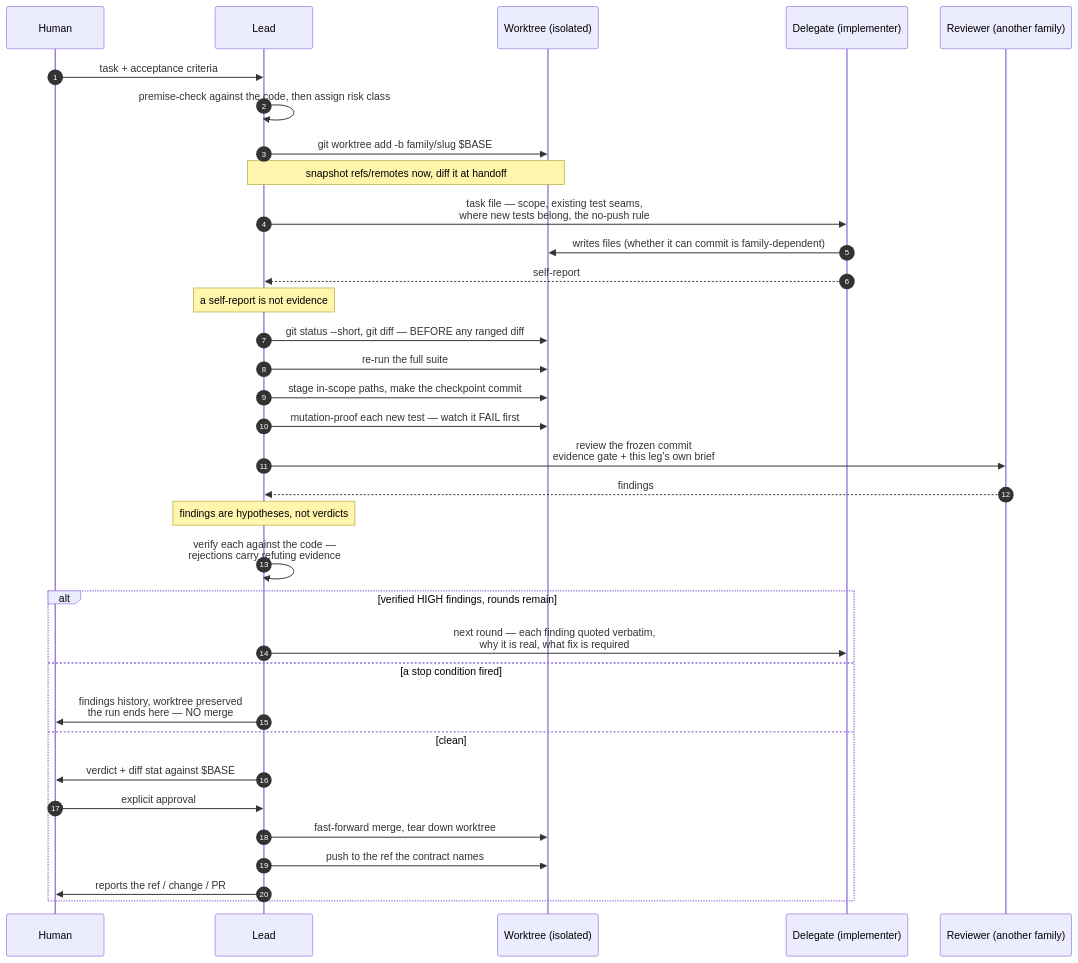
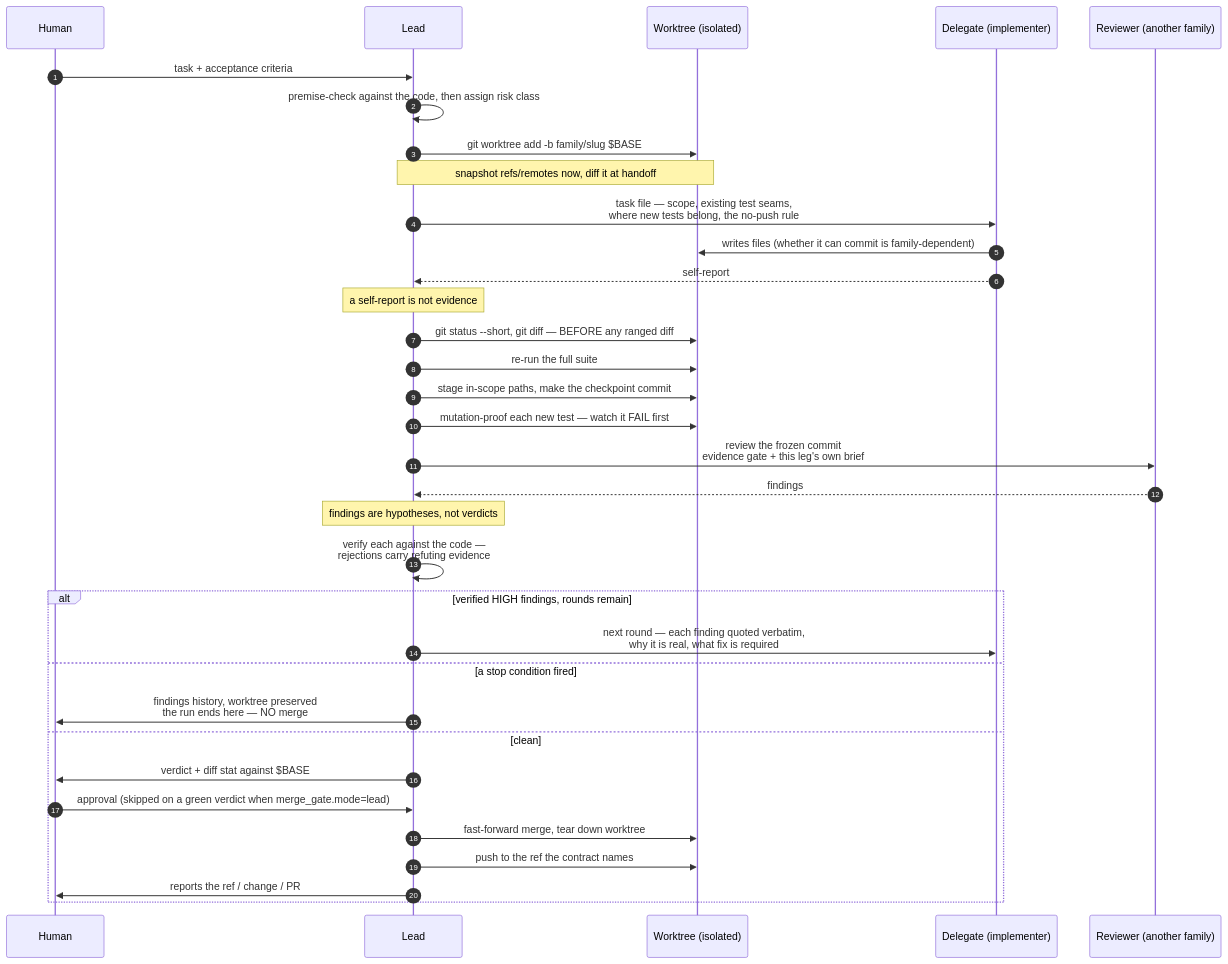
One commit to aarontzeng/dev-lead changed the second of 2 diagrams in docs/workflow.md. Above: the diagram before and after it, drawn with Mermaid. The commit also changed other lines of this file and 12 other files, not shown here.

````diff
--- a/docs/workflow.md
+++ b/docs/workflow.md
@@ -58,37 +58,37 @@
 ```mermaid
 sequenceDiagram
     autonumber
     participant U as Human
     participant L as Lead
     participant W as Worktree (isolated)
     participant D as Delegate (implementer)
     participant R as Reviewer (another family)
 
     U->>L: task + acceptance criteria
     L->>L: premise-check against the code, then assign risk class
     L->>W: git worktree add -b family/slug $BASE
     Note over L,W: snapshot refs/remotes now, diff it at handoff
     L->>D: task file — scope, existing test seams,<br/>where new tests belong, the no-push rule
     D->>W: writes files (whether it can commit is family-dependent)
     D-->>L: self-report
     Note over L: a self-report is not evidence
     L->>W: git status --short, git diff — BEFORE any ranged diff
     L->>W: re-run the full suite
     L->>W: stage in-scope paths, make the checkpoint commit
     L->>W: mutation-proof each new test — watch it FAIL first
     L->>R: review the frozen commit<br/>evidence gate + this leg's own brief
     R-->>L: findings
     Note over L: findings are hypotheses, not verdicts
     L->>L: verify each against the code —<br/>rejections carry refuting evidence
     alt verified HIGH findings, rounds remain
         L->>D: next round — each finding quoted verbatim,<br/>why it is real, what fix is required
     else a stop condition fired
         L->>U: findings history, worktree preserved<br/>the run ends here — NO merge
     else clean
         L->>U: verdict + diff stat against $BASE
-        U->>L: explicit approval
+        U->>L: approval (skipped on a green verdict when merge_gate.mode=lead)
         L->>W: fast-forward merge, tear down worktree
         L->>W: push to the ref the contract names
         L->>U: reports the ref / change / PR
     end
 ```
````
